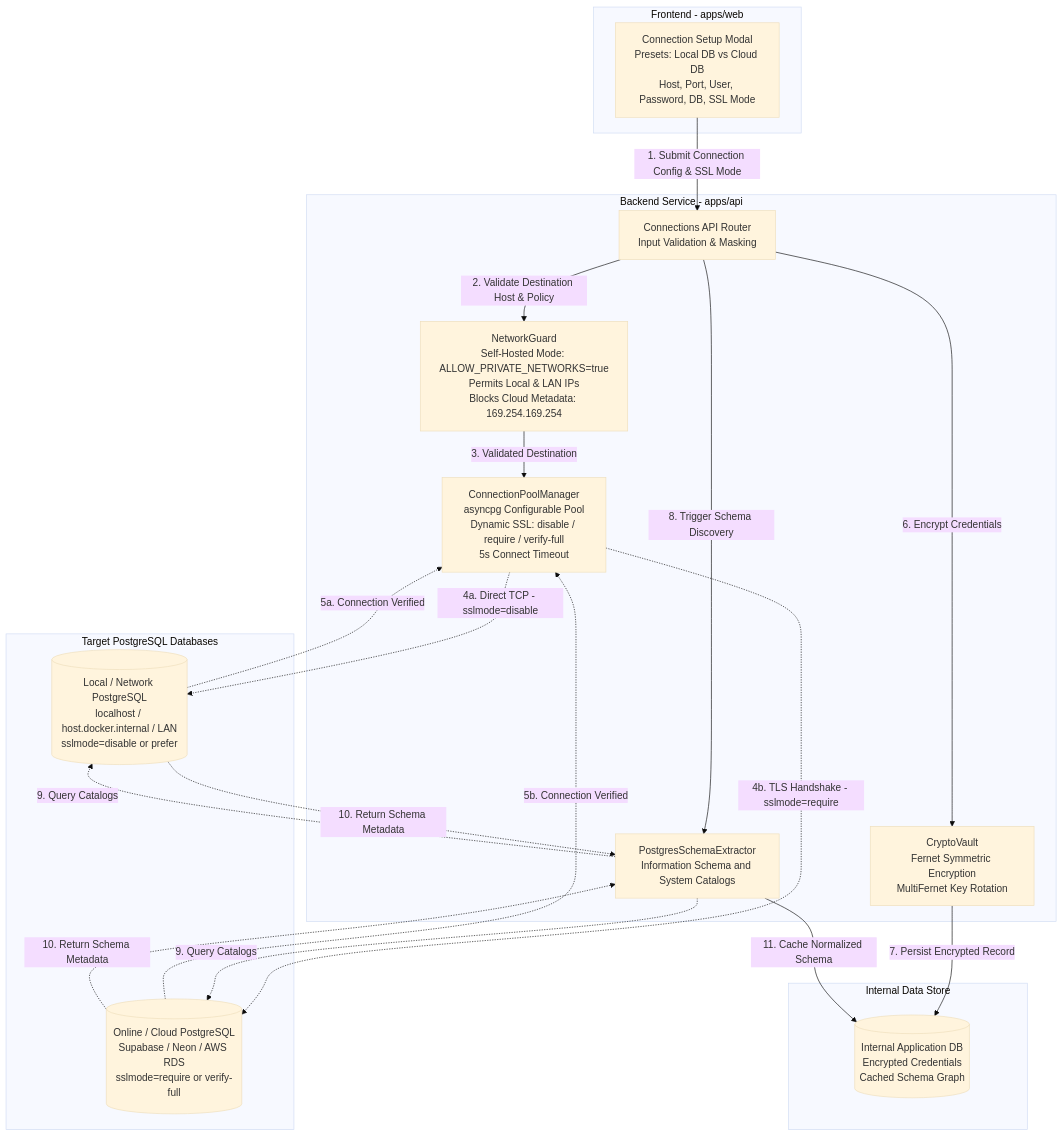
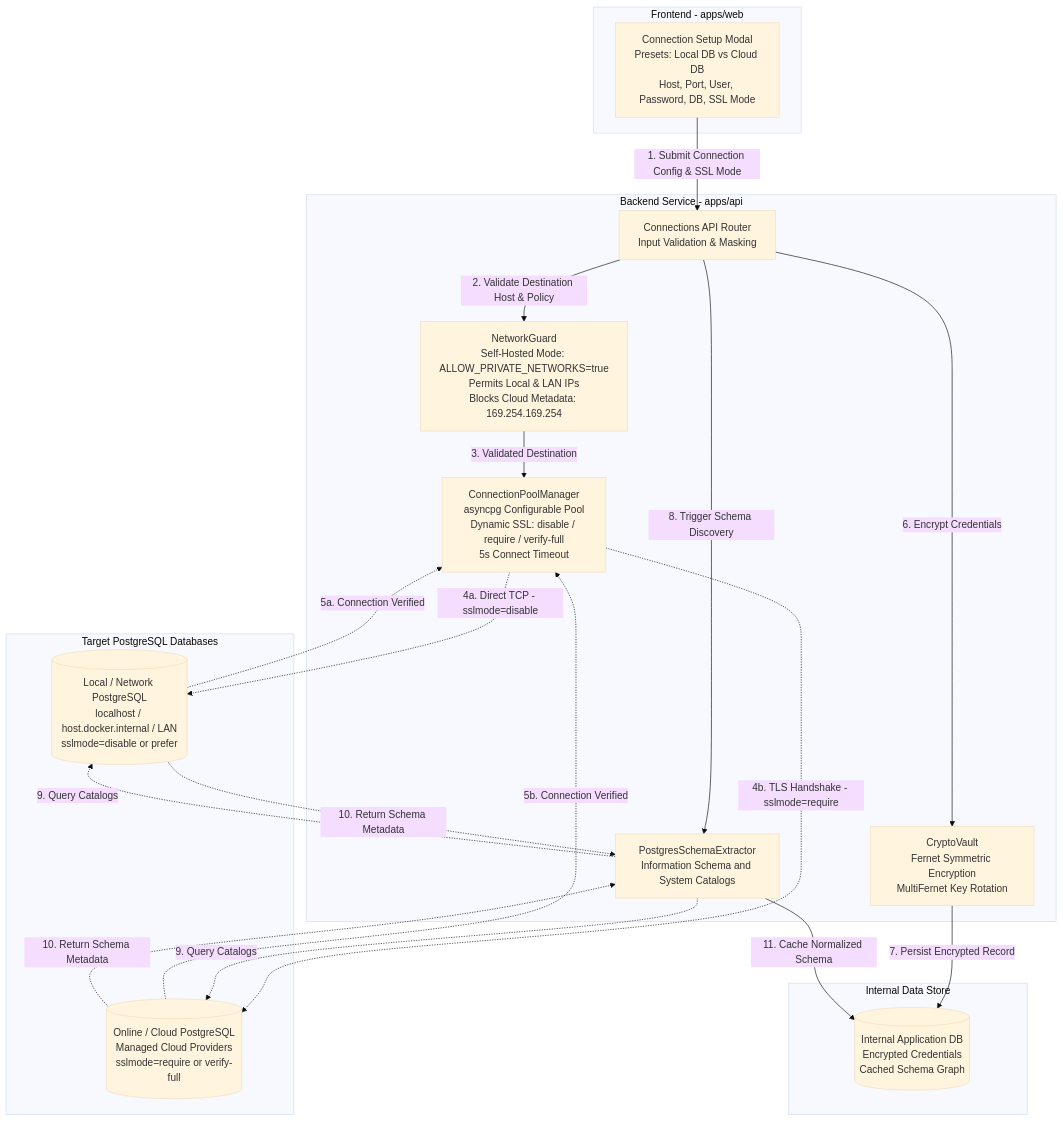
The first of 2 diagrams in docs/architecture/database-connections.md (Ajju0211/queryforge), drawn with Mermaid (base theme) before and after one commit. The commit also changed other lines of this file and 64 other files, not shown here.

Commit message:
feat: complete schema explorer, sql editor, schema graph, and connection manager

````diff
--- a/docs/architecture/database-connections.md
+++ b/docs/architecture/database-connections.md
@@ -25,44 +25,44 @@
 ```mermaid
 flowchart TD
     subgraph Client["Frontend - apps/web"]
         UI["Connection Setup Modal<br/>Presets: Local DB vs Cloud DB<br/>Host, Port, User, Password, DB, SSL Mode"]
     end
 
     subgraph BackendAPI["Backend Service - apps/api"]
         Router["Connections API Router<br/>Input Validation & Masking"]
         NetworkGuard["NetworkGuard<br/>Self-Hosted Mode: ALLOW_PRIVATE_NETWORKS=true<br/>Permits Local & LAN IPs<br/>Blocks Cloud Metadata: 169.254.169.254"]
         CryptoVault["CryptoVault<br/>Fernet Symmetric Encryption<br/>MultiFernet Key Rotation"]
         PoolManager["ConnectionPoolManager<br/>asyncpg Configurable Pool<br/>Dynamic SSL: disable / require / verify-full<br/>5s Connect Timeout"]
         Introspector["PostgresSchemaExtractor<br/>Information Schema and System Catalogs"]
     end
 
     subgraph Storage["Internal Data Store"]
         InternalDB[("Internal Application DB<br/>Encrypted Credentials<br/>Cached Schema Graph")]
     end
 
     subgraph Targets["Target PostgreSQL Databases"]
         LocalDB[("Local / Network PostgreSQL<br/>localhost / host.docker.internal / LAN<br/>sslmode=disable or prefer")]
-        CloudDB[("Online / Cloud PostgreSQL<br/>Supabase / Neon / AWS RDS<br/>sslmode=require or verify-full")]
+        CloudDB[("Online / Cloud PostgreSQL<br/>Managed Cloud Providers<br/>sslmode=require or verify-full")]
     end
 
     UI -->|"1. Submit Connection Config & SSL Mode"| Router
     Router -->|"2. Validate Destination Host & Policy"| NetworkGuard
     NetworkGuard -->|"3. Validated Destination"| PoolManager
     
     PoolManager -.->|"4a. Direct TCP - sslmode=disable"| LocalDB
     PoolManager -.->|"4b. TLS Handshake - sslmode=require"| CloudDB
     
     LocalDB -.->|"5a. Connection Verified"| PoolManager
     CloudDB -.->|"5b. Connection Verified"| PoolManager
 
     Router -->|"6. Encrypt Credentials"| CryptoVault
     CryptoVault -->|"7. Persist Encrypted Record"| InternalDB
     Router -->|"8. Trigger Schema Discovery"| Introspector
     
     Introspector -.->|"9. Query Catalogs"| LocalDB
     Introspector -.->|"9. Query Catalogs"| CloudDB
     LocalDB -.->|"10. Return Schema Metadata"| Introspector
     CloudDB -.->|"10. Return Schema Metadata"| Introspector
     
     Introspector -->|"11. Cache Normalized Schema"| InternalDB
 ```
````
